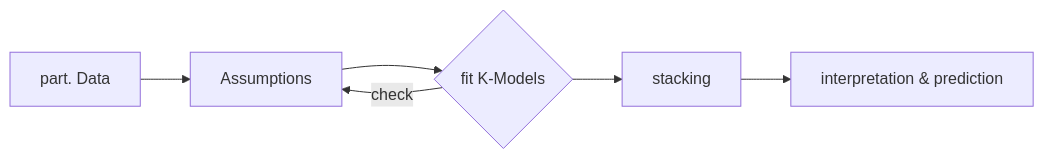
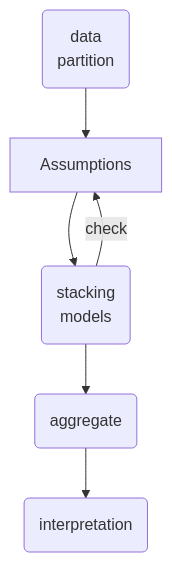
Diagram 14 of 18 in Glossary of distributional regression.qmd (mstasinopoulos/GrossaryForDR), drawn with Mermaid before and after one commit. The commit also changed other lines of this file, not shown here.

````diff
--- a/Glossary of distributional regression.qmd
+++ b/Glossary of distributional regression.qmd
@@ -2007,11 +2319,11 @@
 ```{mermaid}
-%%| fig-width: 5
+%%| fig-height: 3
 %%| label: fig-modelling_modern
 %%| fig-cap: "The modern modelling process uses more models and aggregates them"
-flowchart LR
-  A[part. Data] --> B[Assumptions] 
-  B --> C{fit K-Models}
-   C -->|check| B
-  C --> D[stacking]
-  D --> E[interpretation & prediction]
+flowchart TB
+  A(data <br/>  partition) --> B[Assumptions] 
+  B --> C(stacking  <br/>  models)
+  C -->|check| B
+  C --> D(aggregate)
+  D --> E(interpretation)
 ```
````
